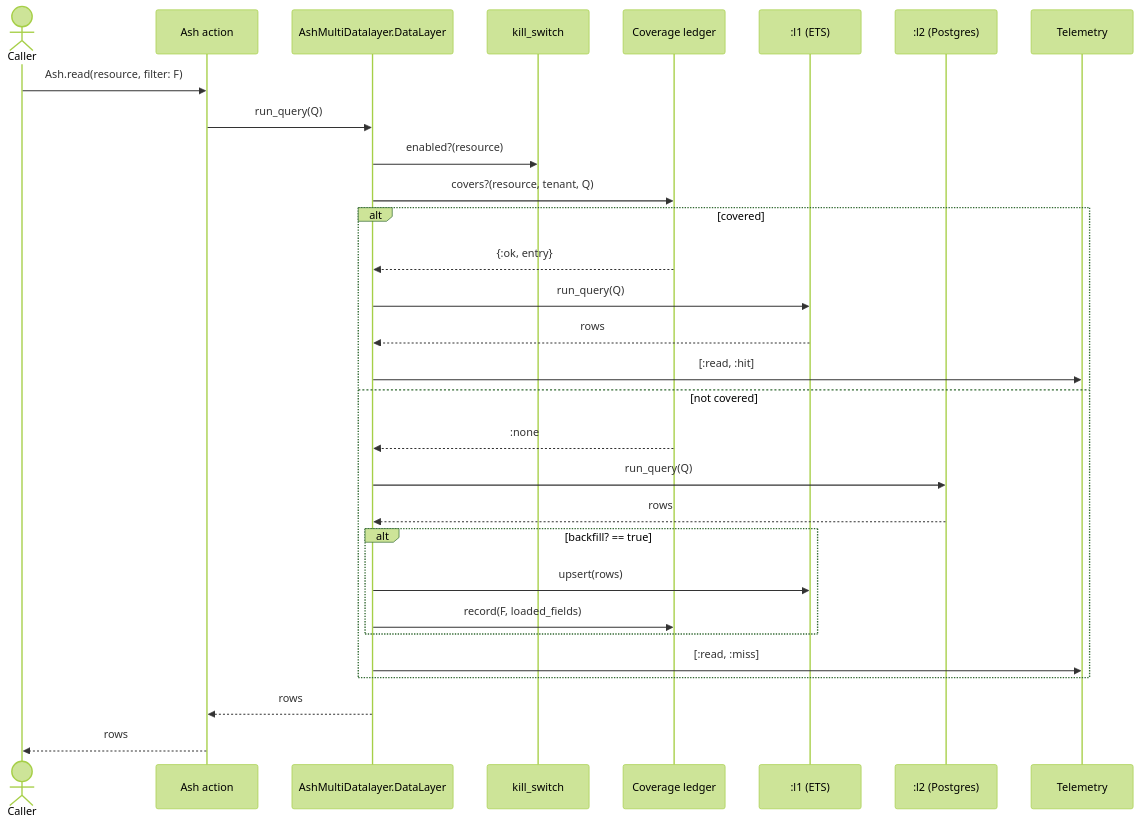
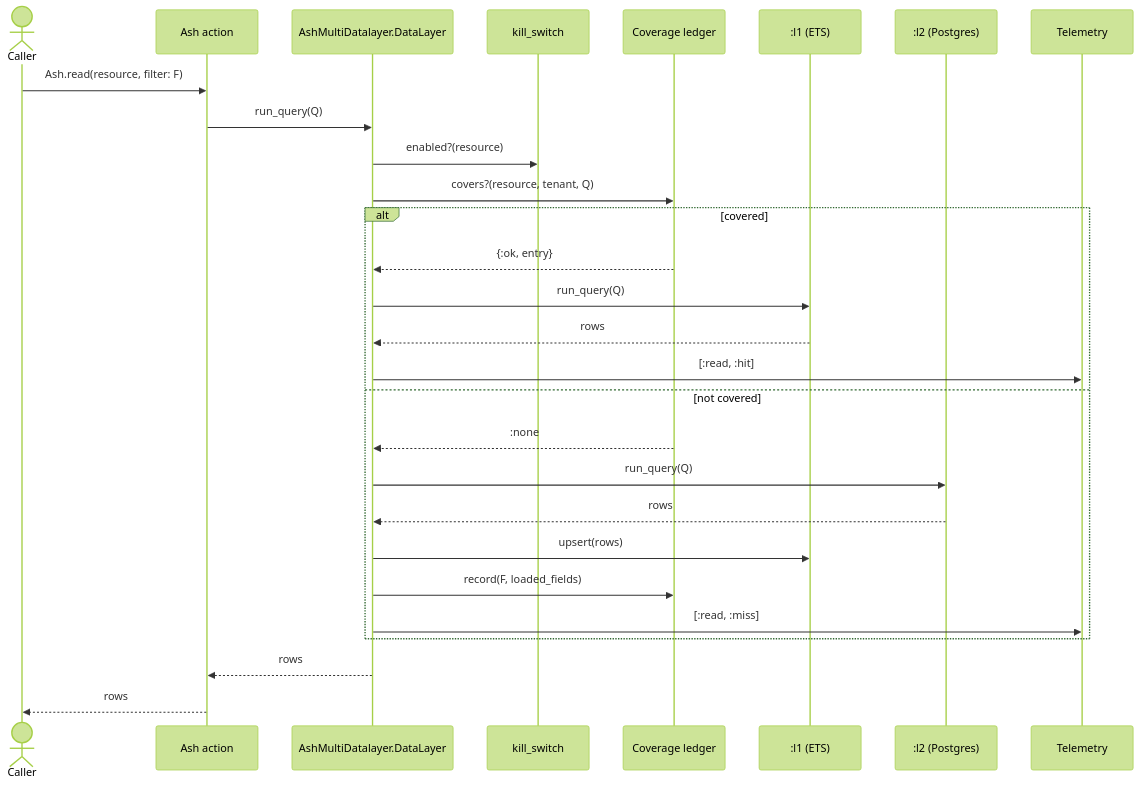
Before and after one commit to barnabasJ/ash_multi_datalayer: the second of 2 diagrams in docs/plans/ash-multi-datalayer-plan.md, drawn with Mermaid (forest theme). The commit also changed other lines of this file and 13 other files, not shown here.

````diff
--- a/docs/plans/ash-multi-datalayer-plan.md
+++ b/docs/plans/ash-multi-datalayer-plan.md
@@ -93,33 +93,31 @@
 ```mermaid
 sequenceDiagram
   actor Caller
   participant Action as Ash action
   participant MDL as AshMultiDatalayer.DataLayer
   participant KS as kill_switch
   participant Cov as Coverage ledger
   participant L1 as :l1 (ETS)
   participant L2 as :l2 (Postgres)
   participant Tel as Telemetry
 
   Caller->>Action: Ash.read(resource, filter: F)
   Action->>MDL: run_query(Q)
   MDL->>KS: enabled?(resource)
   MDL->>Cov: covers?(resource, tenant, Q)
   alt covered
     Cov-->>MDL: {:ok, entry}
     MDL->>L1: run_query(Q)
     L1-->>MDL: rows
     MDL->>Tel: [:read, :hit]
   else not covered
     Cov-->>MDL: :none
     MDL->>L2: run_query(Q)
     L2-->>MDL: rows
-    alt backfill? == true
-      MDL->>L1: upsert(rows)
-      MDL->>Cov: record(F, loaded_fields)
-    end
+    MDL->>L1: upsert(rows)
+    MDL->>Cov: record(F, loaded_fields)
     MDL->>Tel: [:read, :miss]
   end
   MDL-->>Action: rows
   Action-->>Caller: rows
 ```
````
